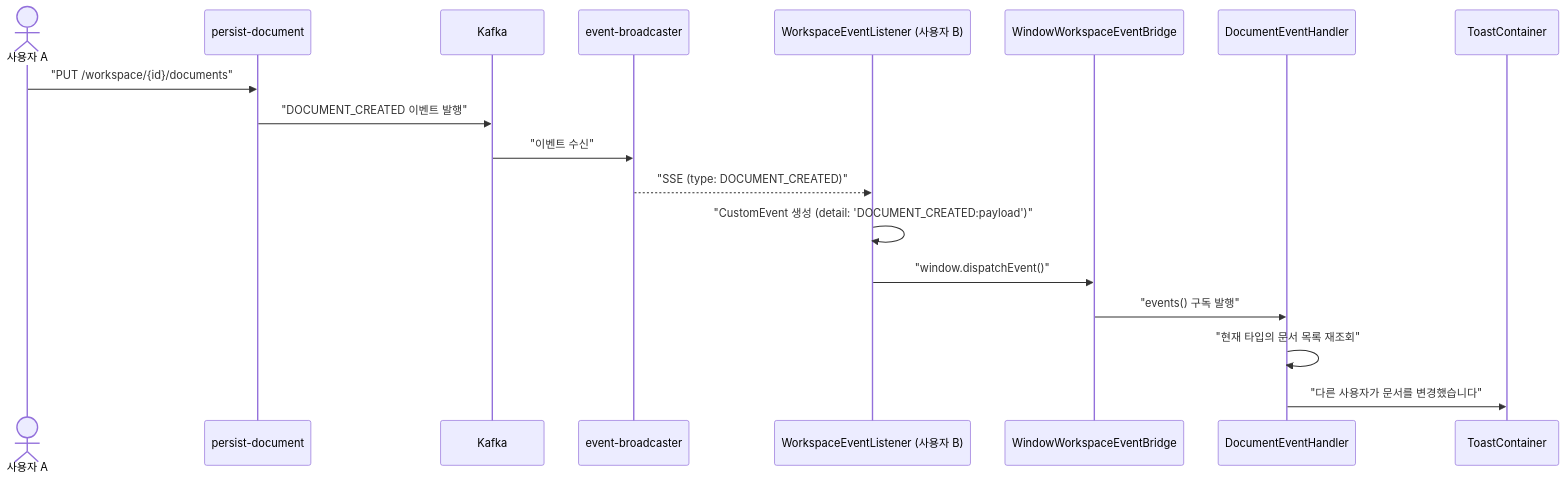
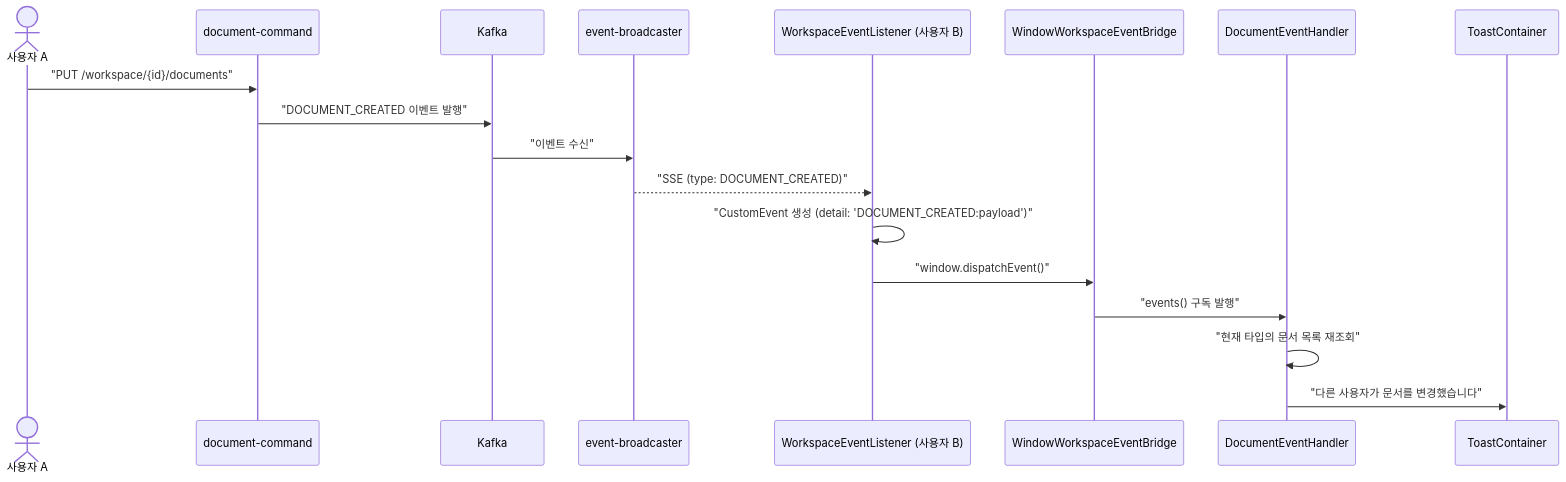
One commit to sayaya1090/handbook changed the ninth of 11 diagrams in docs/architecture.md. Above: the diagram before and after it, drawn with Mermaid. The commit also changed other lines of this file and 620 other files, not shown here.

````diff
--- a/docs/architecture.md
+++ b/docs/architecture.md
@@ -1409,21 +1419,21 @@
 ```mermaid
 sequenceDiagram
     actor UserA as 사용자 A
-    participant PD as persist-document
+    participant PD as document-command
     participant K as Kafka
     participant EB as event-broadcaster
     participant WEL as WorkspaceEventListener (사용자 B)
     participant WEB as WindowWorkspaceEventBridge
     participant DEH as DocumentEventHandler
     participant Toast as ToastContainer
 
     UserA->>PD: "PUT /workspace/{id}/documents"
     PD->>K: "DOCUMENT_CREATED 이벤트 발행"
     K->>EB: "이벤트 수신"
     EB-->>WEL: "SSE (type: DOCUMENT_CREATED)"
     WEL->>WEL: "CustomEvent 생성 (detail: 'DOCUMENT_CREATED:payload')"
     WEL->>WEB: "window.dispatchEvent()"
     WEB->>DEH: "events() 구독 발행"
     DEH->>DEH: "현재 타입의 문서 목록 재조회"
     DEH->>Toast: "다른 사용자가 문서를 변경했습니다"
 ```
````
